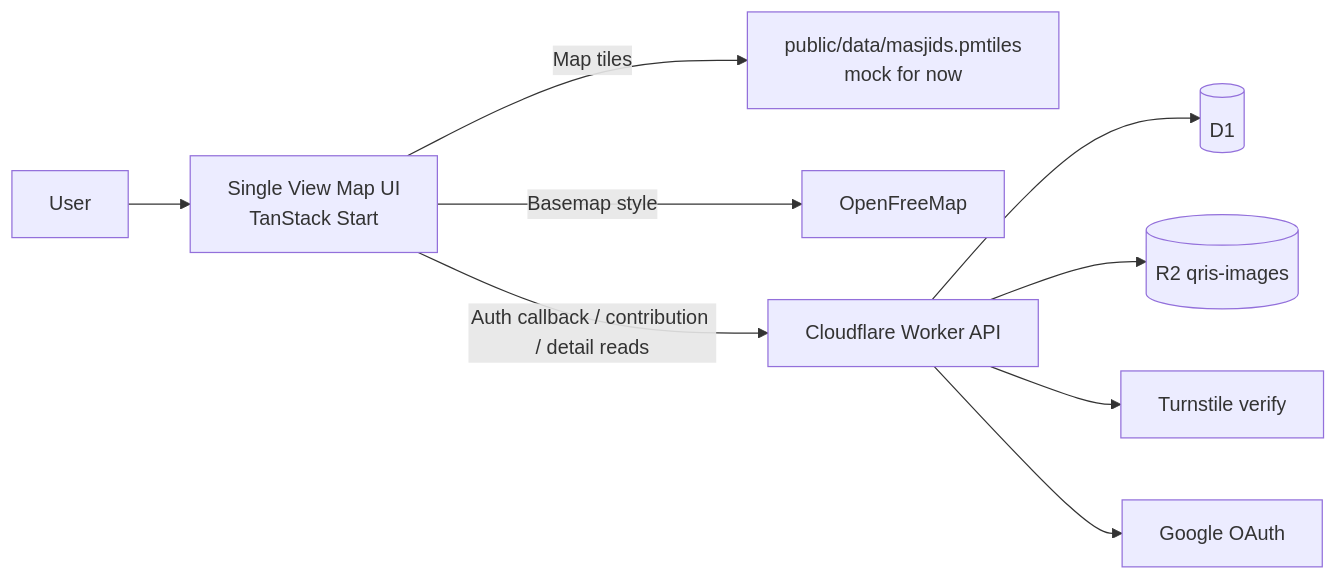
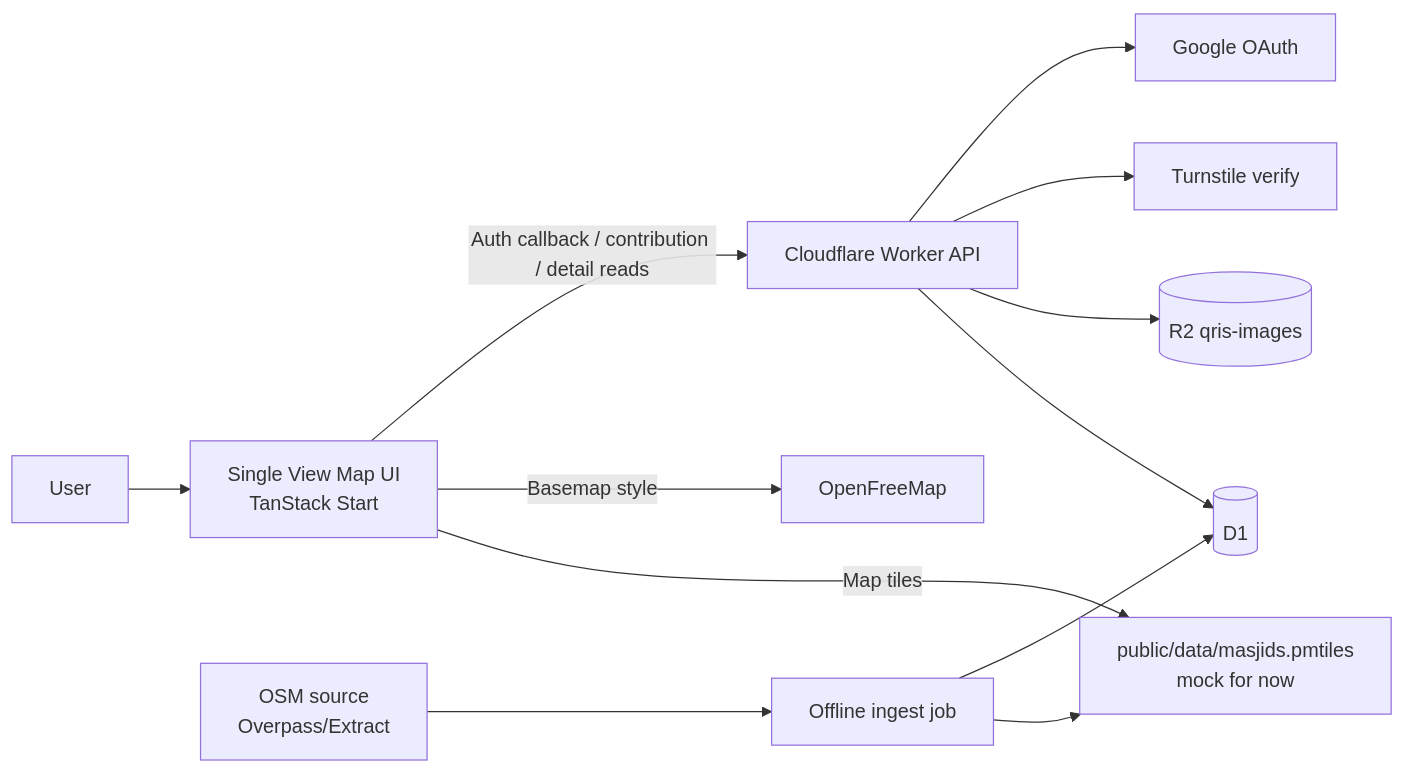
Before and after one commit to radjathaher/qris-masjid: the first of 5 diagrams in docs/spec.md, drawn with Mermaid. The commit also changed other lines of this file and 1 other file, not shown here.

Commit message:
docs: define offline OSM ingest policy for masjid data

````diff
--- a/docs/spec.md
+++ b/docs/spec.md
@@ -91,13 +91,17 @@
 ```mermaid
 flowchart LR
   U[User] --> FE[Single View Map UI\nTanStack Start]
 
   FE -->|Map tiles| PM[public/data/masjids.pmtiles\nmock for now]
   FE -->|Basemap style| OFM[OpenFreeMap]
 
   FE -->|Auth callback / contribution / detail reads| API[Cloudflare Worker API]
   API --> D1[(D1)]
   API --> R2[(R2 qris-images)]
   API --> TS[Turnstile verify]
   API --> GA[Google OAuth]
+
+  OSM[OSM source\nOverpass/Extract] --> ING[Offline ingest job]
+  ING --> PM
+  ING --> D1
 ```
````
